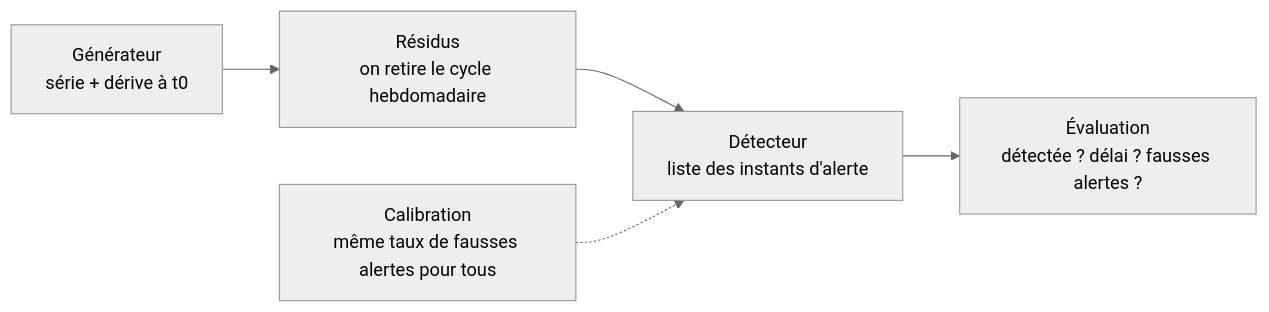
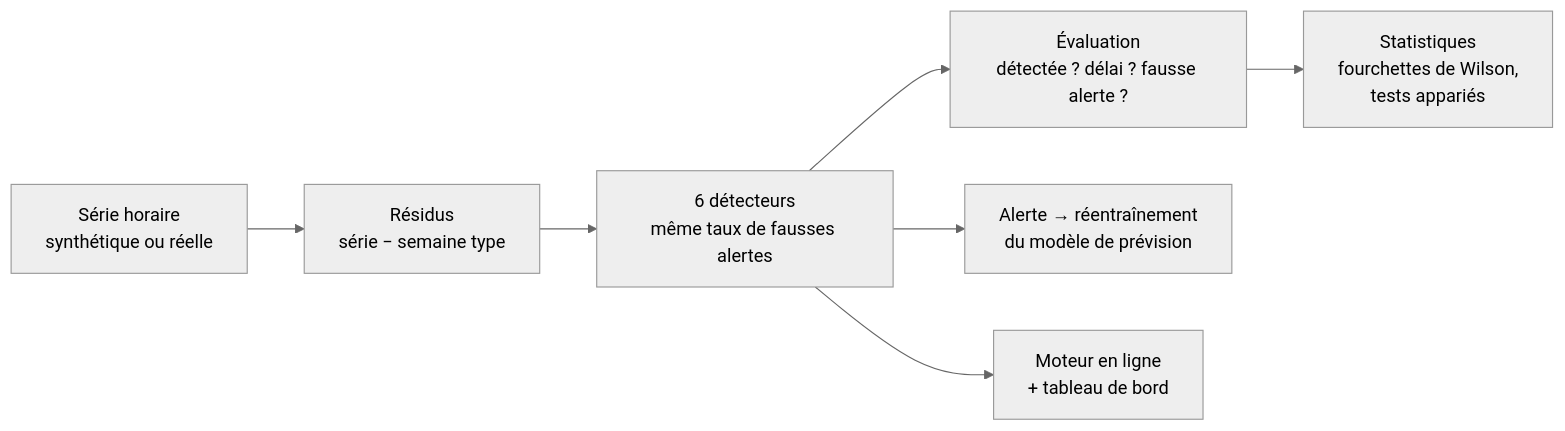
The diagram in README.md (mounabensmida/derive-projet), drawn with Mermaid (neutral theme) before and after one commit. The commit also changed other lines of this file and 12 other files, not shown here.

First line of the commit message:
Semaine 6 : moteur en ligne, tableau de bord Streamlit, Docker, Makefile et nouveau README

````diff
--- a/README.md
+++ b/README.md
@@ -61,7 +42,9 @@
 ```mermaid
 flowchart LR
-    A[Générateur<br/>série + dérive à t0] --> B[Résidus<br/>on retire le cycle hebdomadaire]
-    B --> C[Détecteur<br/>liste des instants d'alerte]
-    C --> D[Évaluation<br/>détectée ? délai ? fausses alertes ?]
-    E[Calibration<br/>même taux de fausses alertes pour tous] -.-> C
+    A[Série horaire<br/>synthétique ou réelle] --> B[Résidus<br/>série − semaine type]
+    B --> C[6 détecteurs<br/>même taux de fausses alertes]
+    C --> D[Évaluation<br/>détectée ? délai ? fausse alerte ?]
+    D --> E[Statistiques<br/>fourchettes de Wilson,<br/>tests appariés]
+    C --> F[Alerte → réentraînement<br/>du modèle de prévision]
+    C --> G[Moteur en ligne<br/>+ tableau de bord]
 ```
````
